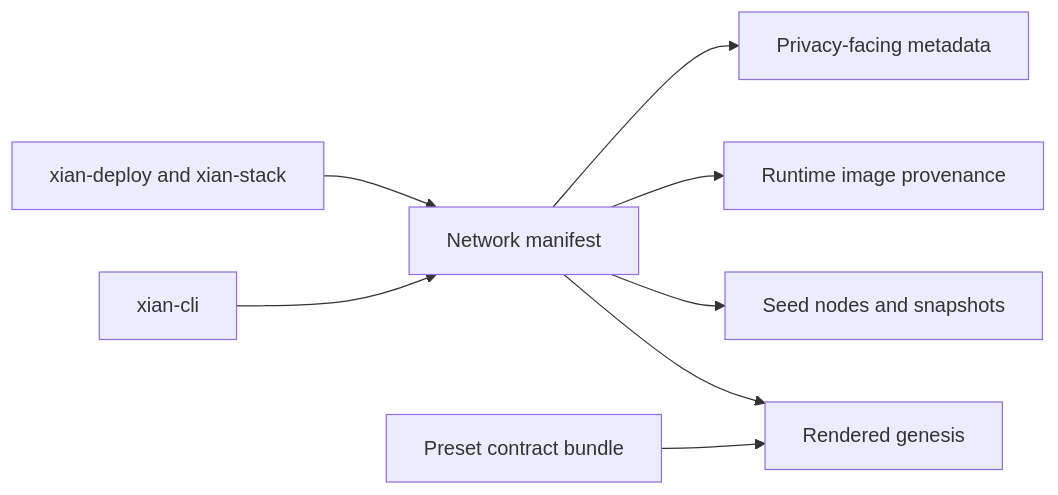
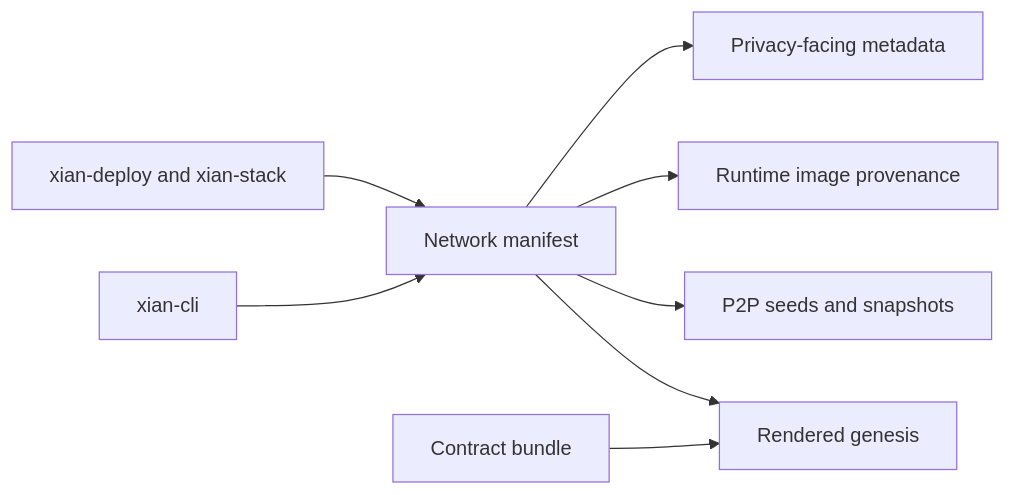
The diagram in networks/README.md (xian-technology/xian-configs), drawn with Mermaid before and after one commit. The commit also changed other lines of this file and 13 other files, not shown here.

````diff
--- a/networks/README.md
+++ b/networks/README.md
@@ -28,10 +28,10 @@
 ```mermaid
 flowchart LR
   Manifest["Network manifest"] --> Genesis["Rendered genesis"]
-  Bundle["Preset contract bundle"] --> Genesis
-  Manifest --> Seeds["Seed nodes and snapshots"]
+  Bundle["Contract bundle"] --> Genesis
+  Manifest --> P2P["P2P seeds and snapshots"]
   Manifest --> Runtime["Runtime image provenance"]
   Manifest --> Privacy["Privacy-facing metadata"]
   CLI["xian-cli"] --> Manifest
   Deploy["xian-deploy and xian-stack"] --> Manifest
 ```
````
